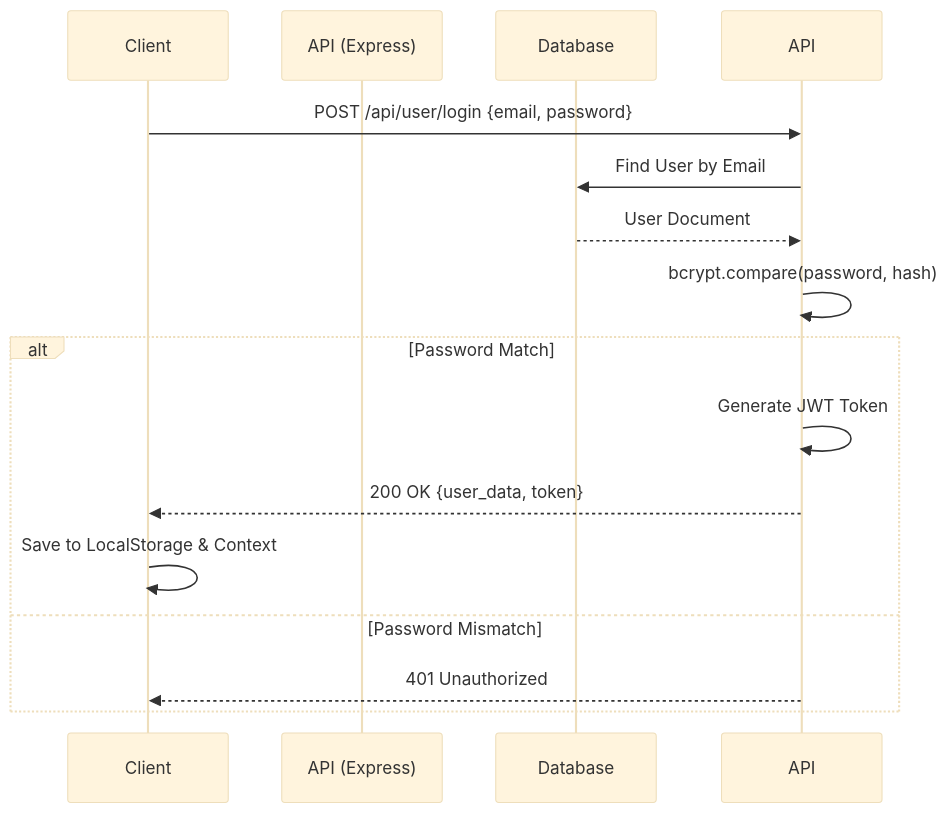
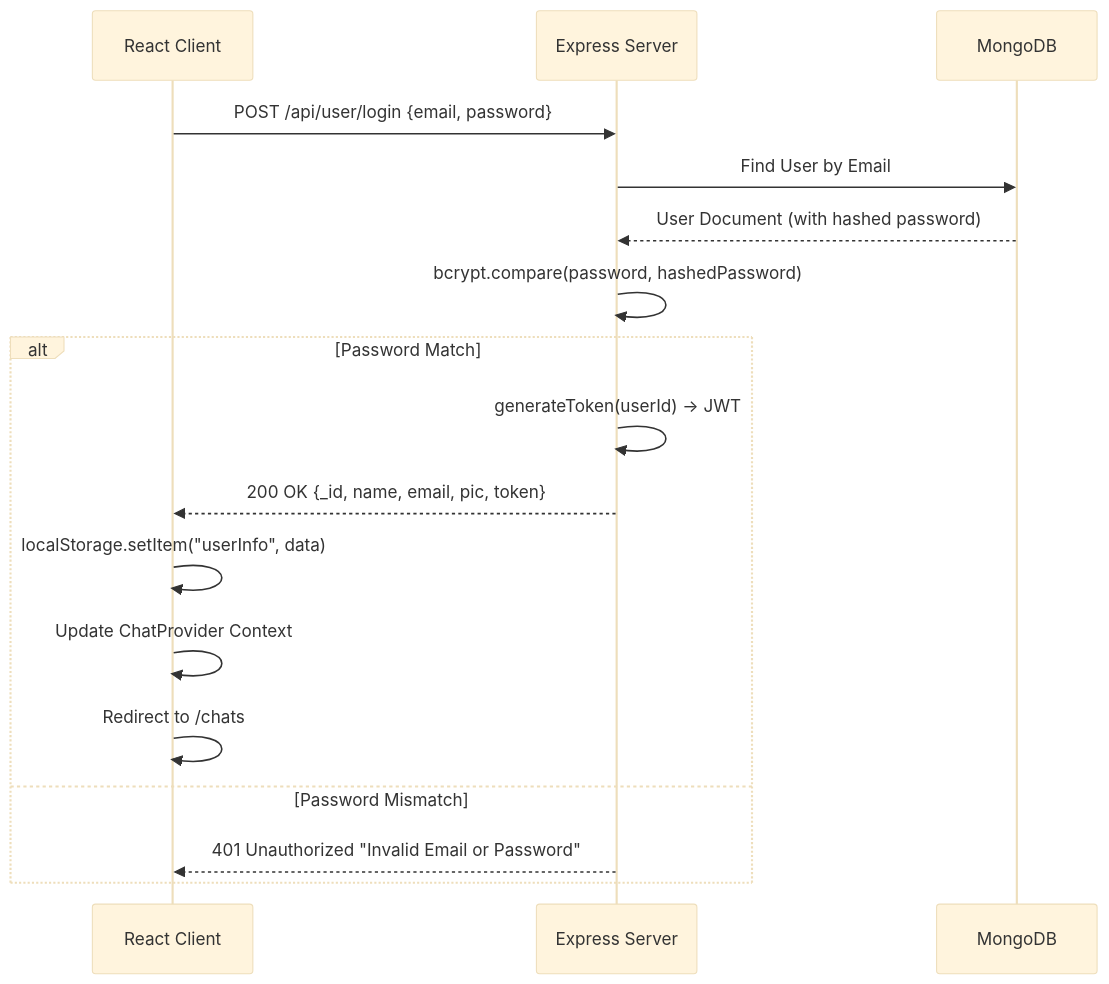
The first of 4 diagrams in PROJECT_DOCUMENTATION.md (likhith-gowda-7/DELTA_V1), drawn with Mermaid (base theme) before and after one commit. The commit also changed other lines of this file and 2 other files, not shown here.

Commit message:
Update README and documentation with real screenshots, architecture diagrams, and detailed technical specs

````diff
--- a/PROJECT_DOCUMENTATION.md
+++ b/PROJECT_DOCUMENTATION.md
@@ -34,18 +60,21 @@
 ```mermaid
 sequenceDiagram
-    participant Client
-    participant API (Express)
-    participant Database
-    
-    Client->>API: POST /api/user/login {email, password}
-    API->>Database: Find User by Email
-    Database-->>API: User Document
-    API->>API: bcrypt.compare(password, hash)
+    participant Client as React Client
+    participant Server as Express Server
+    participant DB as MongoDB
+
+    Client->>Server: POST /api/user/login {email, password}
+    Server->>DB: Find User by Email
+    DB-->>Server: User Document (with hashed password)
+    Server->>Server: bcrypt.compare(password, hashedPassword)
+
     alt Password Match
-        API->>API: Generate JWT Token
-        API-->>Client: 200 OK {user_data, token}
-        Client->>Client: Save to LocalStorage & Context
+        Server->>Server: generateToken(userId) → JWT
+        Server-->>Client: 200 OK {_id, name, email, pic, token}
+        Client->>Client: localStorage.setItem("userInfo", data)
+        Client->>Client: Update ChatProvider Context
+        Client->>Client: Redirect to /chats
     else Password Mismatch
-        API-->>Client: 401 Unauthorized
+        Server-->>Client: 401 Unauthorized "Invalid Email or Password"
     end
 ```
````
